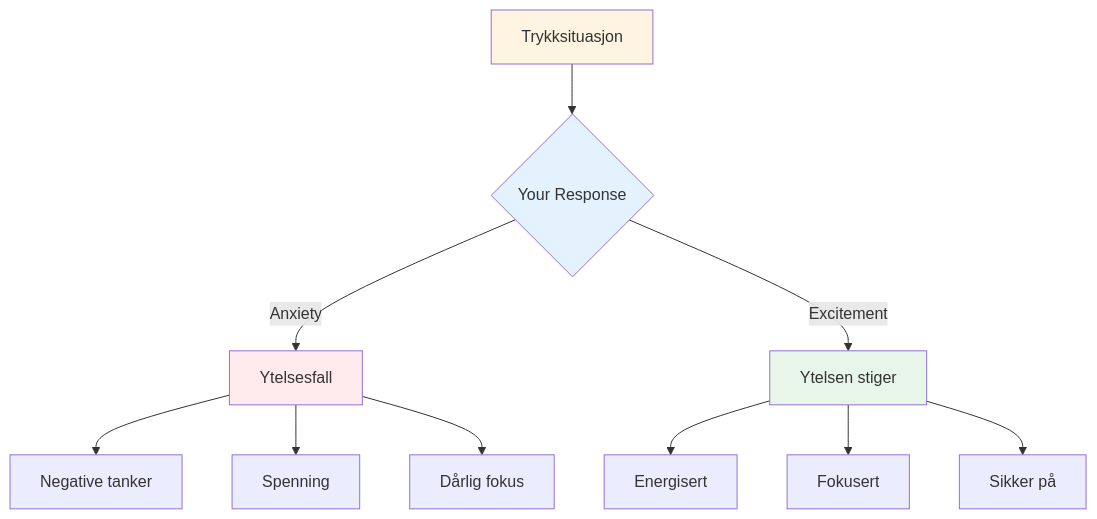
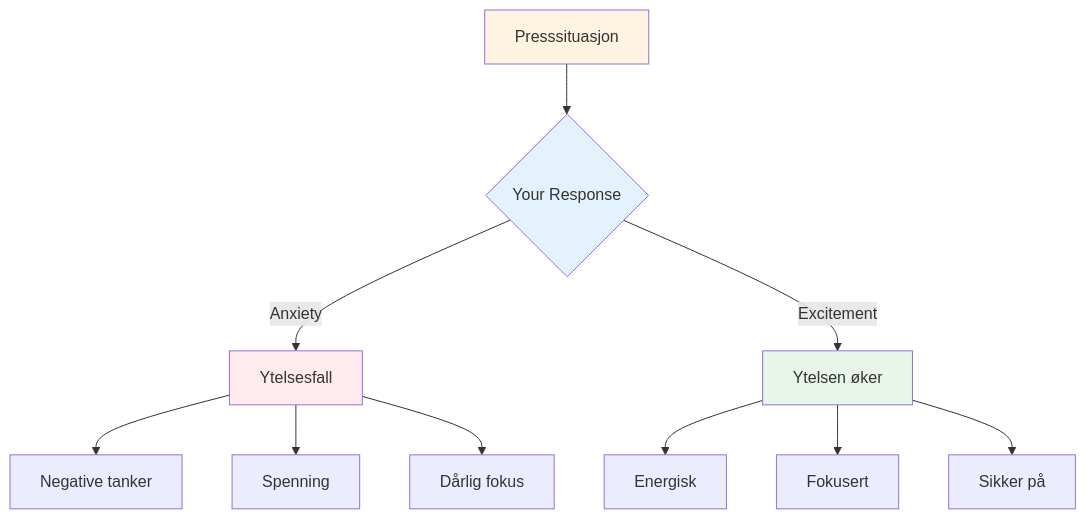
Before and after one commit to patwii/petanque-academy: the diagram in docs/no/education/mental-strength/handling-pressure.md, drawn with Mermaid. The commit also changed other lines of this file and 532 other files, not shown here.

````diff
--- a/docs/no/education/mental-strength/handling-pressure.md
+++ b/docs/no/education/mental-strength/handling-pressure.md
@@ -11,19 +11,19 @@
 ```mermaid
 graph TD
-    A[Trykksituasjon] --> B{Your Response}
+    A[Presssituasjon] --> B{Your Response}
     B -->|Anxiety| C[Ytelsesfall]
-    B -->|Excitement| D[Ytelsen stiger]
+    B -->|Excitement| D[Ytelsen øker]
 
     C --> E[Negative tanker]
     C --> F[Spenning]
     C --> G[Dårlig fokus]
 
-    D --> H[Energisert]
+    D --> H[Energisk]
     D --> I[Fokusert]
     D --> J[Sikker på]
 
     style A fill:#fff4e1
     style B fill:#e3f2fd
     style C fill:#ffebee
     style D fill:#e8f5e9
 ```
````
